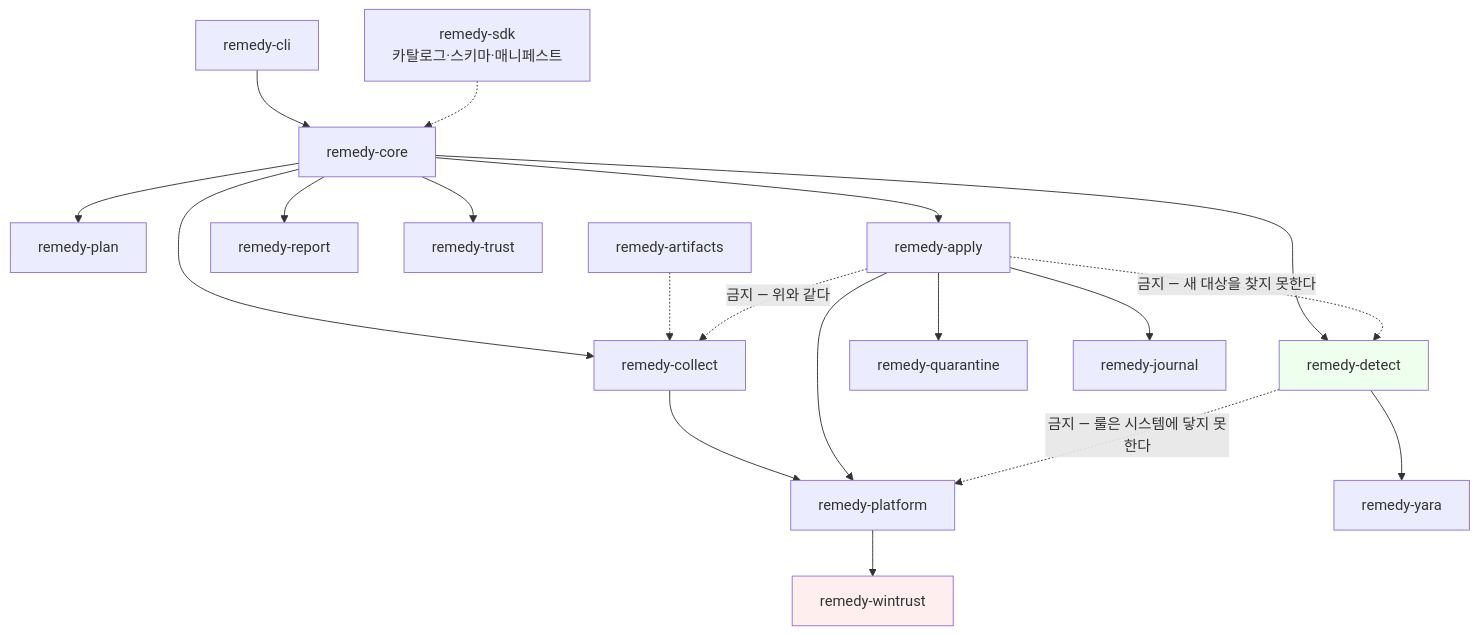
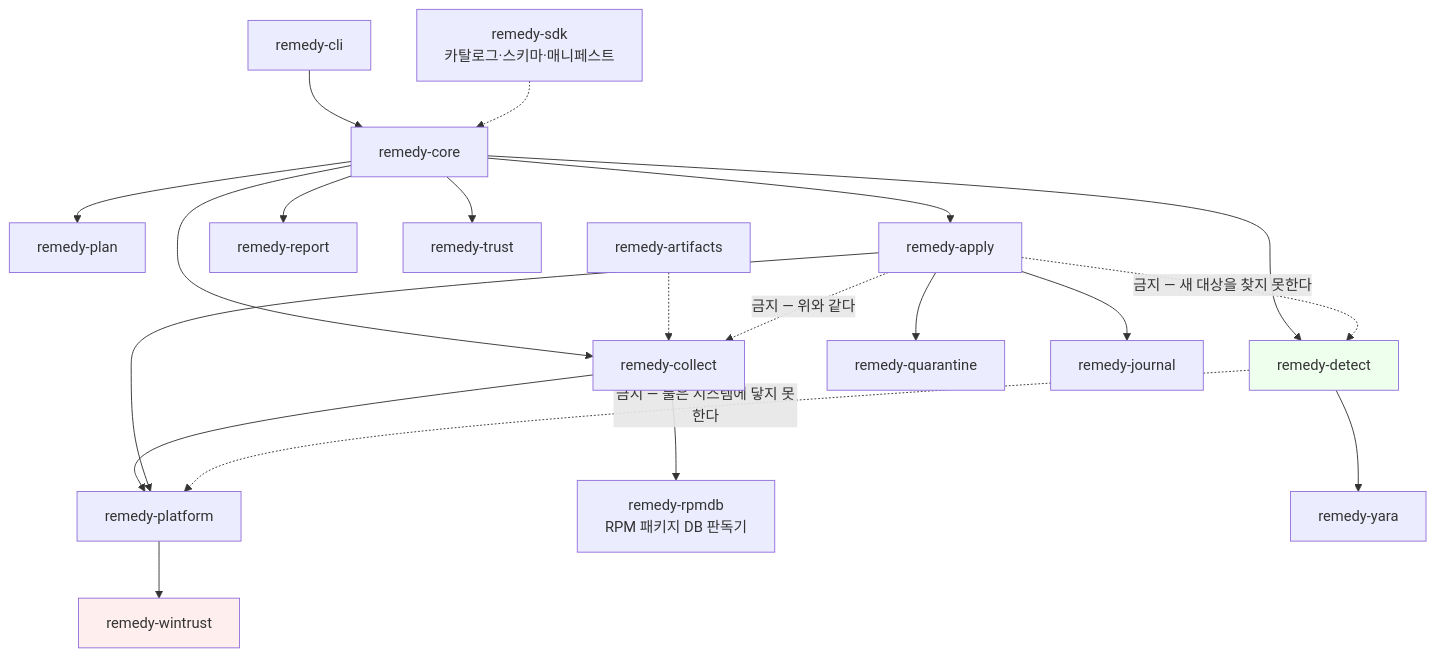
Diagram 15 of 21 in docs/remedy-전체-그림.md (ESTsecurity/remedy), drawn with Mermaid before and after one commit. The commit also changed other lines of this file and 15 other files, not shown here.

````diff
--- a/docs/remedy-전체-그림.md
+++ b/docs/remedy-전체-그림.md
@@ -653,24 +653,25 @@
 ```mermaid
 flowchart TB
     CLI[remedy-cli] --> CORE[remedy-core]
     CORE --> COL[remedy-collect]
     CORE --> DET[remedy-detect]
     CORE --> PLAN[remedy-plan]
     CORE --> APP[remedy-apply]
     CORE --> REP[remedy-report]
     COL --> PLAT[remedy-platform]
+    COL --> RPM[remedy-rpmdb<br/>RPM 패키지 DB 판독기]
     APP --> PLAT
     APP --> QUAR[remedy-quarantine]
     APP --> JOUR[remedy-journal]
     DET --> YARA[remedy-yara]
     PLAT --> WT[remedy-wintrust]
     CORE --> TRUST[remedy-trust]
     ALL[remedy-sdk<br/>카탈로그·스키마·매니페스트] -.-> CORE
     ART[remedy-artifacts] -.-> COL
     DET -.->|"금지 — 룰은 시스템에 닿지 못한다"| PLAT
     APP -.->|"금지 — 새 대상을 찾지 못한다"| DET
     APP -.->|"금지 — 위와 같다"| COL
     style WT fill:#fee
     style DET fill:#efe
     style APP fill:#eef
 ```
````
